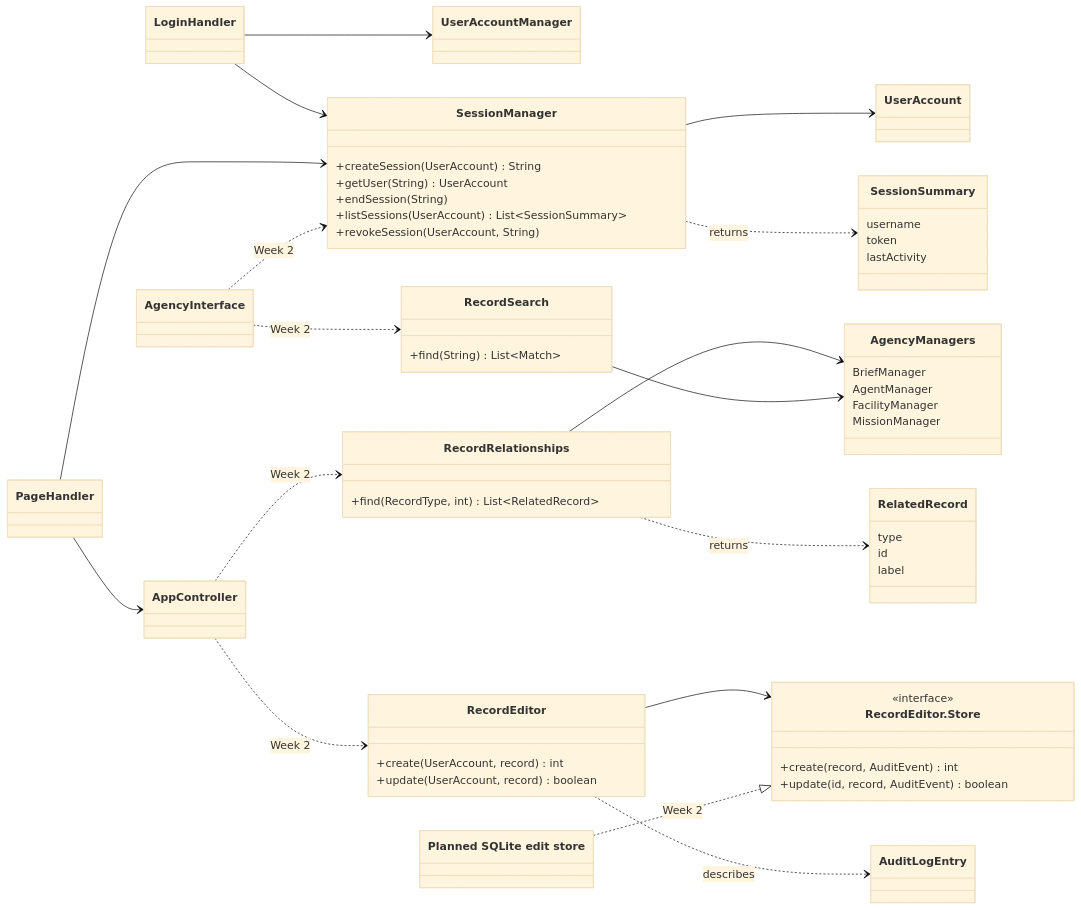
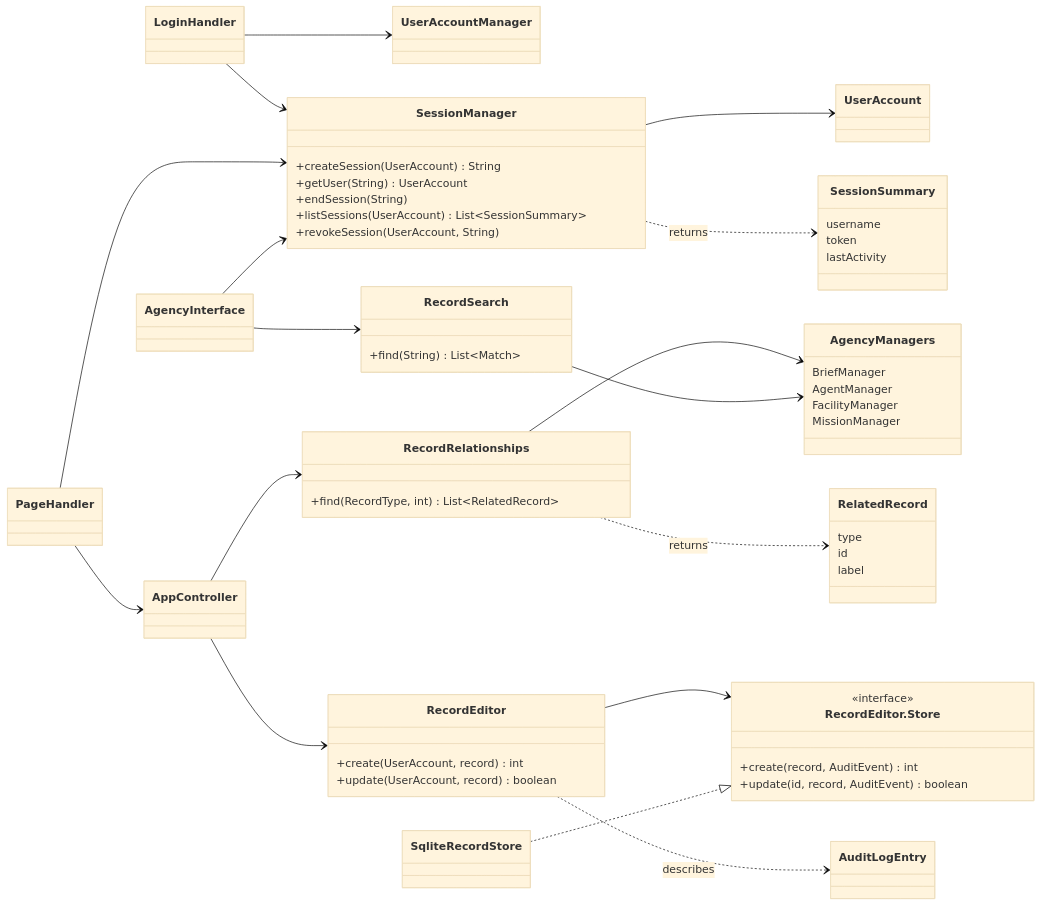
One commit to fa26-cs3140/2-15-TopSecret changed the first of 2 diagrams in docs/team-d/DESIGN.md. Above: the diagram before and after it, drawn with Mermaid (base theme). The commit also changed other lines of this file and 8 other files, not shown here.

Commit message:
docs: update final model diagrams verification and team dependencies

````diff
--- a/docs/team-d/DESIGN.md
+++ b/docs/team-d/DESIGN.md
@@ -8,67 +8,67 @@
 ```mermaid
 classDiagram
     direction LR
     class UserAccount
     class UserAccountManager
     class LoginHandler
     class PageHandler
     class AppController
     class SessionManager {
         +createSession(UserAccount) String
         +getUser(String) UserAccount
         +endSession(String)
         +listSessions(UserAccount) List~SessionSummary~
         +revokeSession(UserAccount, String)
     }
     class SessionSummary {
         username
         token
         lastActivity
     }
     class AgencyInterface
     class RecordEditor {
         +create(UserAccount, record) int
         +update(UserAccount, record) boolean
     }
     class EditStore["RecordEditor.Store"] {
         <<interface>>
         +create(record, AuditEvent) int
         +update(id, record, AuditEvent) boolean
     }
-    class SqliteEditStore["Planned SQLite edit store"]
+    class SqliteRecordStore
     class AuditLogEntry
     class RecordSearch {
         +find(String) List~Match~
     }
     class RecordRelationships {
         +find(RecordType, int) List~RelatedRecord~
     }
     class RelatedRecord {
         type
         id
         label
     }
     class AgencyManagers {
         BriefManager
         AgentManager
         FacilityManager
         MissionManager
     }
 
     LoginHandler --> UserAccountManager
     LoginHandler --> SessionManager
     PageHandler --> SessionManager
     PageHandler --> AppController
     SessionManager --> UserAccount
     SessionManager ..> SessionSummary : returns
     RecordEditor --> EditStore
     RecordEditor ..> AuditLogEntry : describes
     RecordRelationships --> AgencyManagers
     RecordRelationships ..> RelatedRecord : returns
     RecordSearch --> AgencyManagers
-    AppController ..> RecordRelationships : Week 2
-    AppController ..> RecordEditor : Week 2
-    SqliteEditStore ..|> EditStore : Week 2
-    AgencyInterface ..> RecordSearch : Week 2
-    AgencyInterface ..> SessionManager : Week 2
+    AppController --> RecordRelationships
+    AppController --> RecordEditor
+    SqliteRecordStore ..|> EditStore
+    AgencyInterface --> RecordSearch
+    AgencyInterface --> SessionManager
 ```
````
